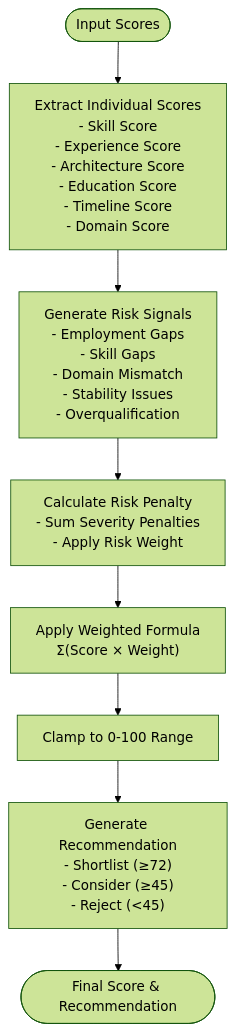
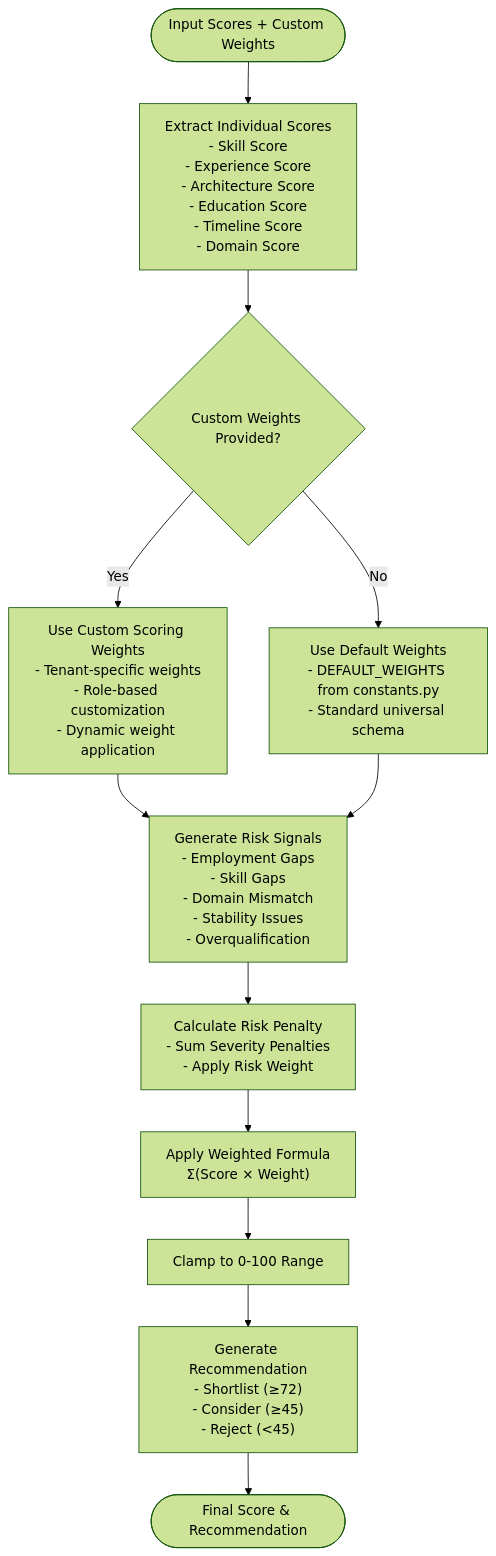
One commit to Revanththetalogics/aireume changed the second of 8 diagrams in .qoder/repowiki/en/content/Analysis Engine/Fit Scoring System.md. Above: the diagram before and after it, drawn with Mermaid (forest theme). The commit also changed other lines of this file and 11 other files, not shown here.

````diff
--- a/.qoder/repowiki/en/content/Analysis Engine/Fit Scoring System.md
+++ b/.qoder/repowiki/en/content/Analysis Engine/Fit Scoring System.md
@@ -90,10 +110,14 @@
 ```mermaid
 flowchart TD
-Start([Input Scores]) --> Extract["Extract Individual Scores<br/>- Skill Score<br/>- Experience Score<br/>- Architecture Score<br/>- Education Score<br/>- Timeline Score<br/>- Domain Score"]
-Extract --> RiskSignals["Generate Risk Signals<br/>- Employment Gaps<br/>- Skill Gaps<br/>- Domain Mismatch<br/>- Stability Issues<br/>- Overqualification"]
+Start([Input Scores + Custom Weights]) --> Extract["Extract Individual Scores<br/>- Skill Score<br/>- Experience Score<br/>- Architecture Score<br/>- Education Score<br/>- Timeline Score<br/>- Domain Score"]
+Extract --> WeightSelection{"Custom Weights Provided?"}
+WeightSelection --> |Yes| UseCustom["Use Custom Scoring Weights<br/>- Tenant-specific weights<br/>- Role-based customization<br/>- Dynamic weight application"]
+WeightSelection --> |No| UseDefault["Use Default Weights<br/>- DEFAULT_WEIGHTS from constants.py<br/>- Standard universal schema"]
+UseCustom --> RiskSignals["Generate Risk Signals<br/>- Employment Gaps<br/>- Skill Gaps<br/>- Domain Mismatch<br/>- Stability Issues<br/>- Overqualification"]
+UseDefault --> RiskSignals
 RiskSignals --> RiskPenalty["Calculate Risk Penalty<br/>- Sum Severity Penalties<br/>- Apply Risk Weight"]
 RiskPenalty --> WeightedSum["Apply Weighted Formula<br/>Σ(Score × Weight)"]
 WeightedSum --> Clamp["Clamp to 0-100 Range"]
 Clamp --> Decision["Generate Recommendation<br/>- Shortlist (≥72)<br/>- Consider (≥45)<br/>- Reject (<45)"]
 Decision --> Output([Final Score & Recommendation])
 ```
````
